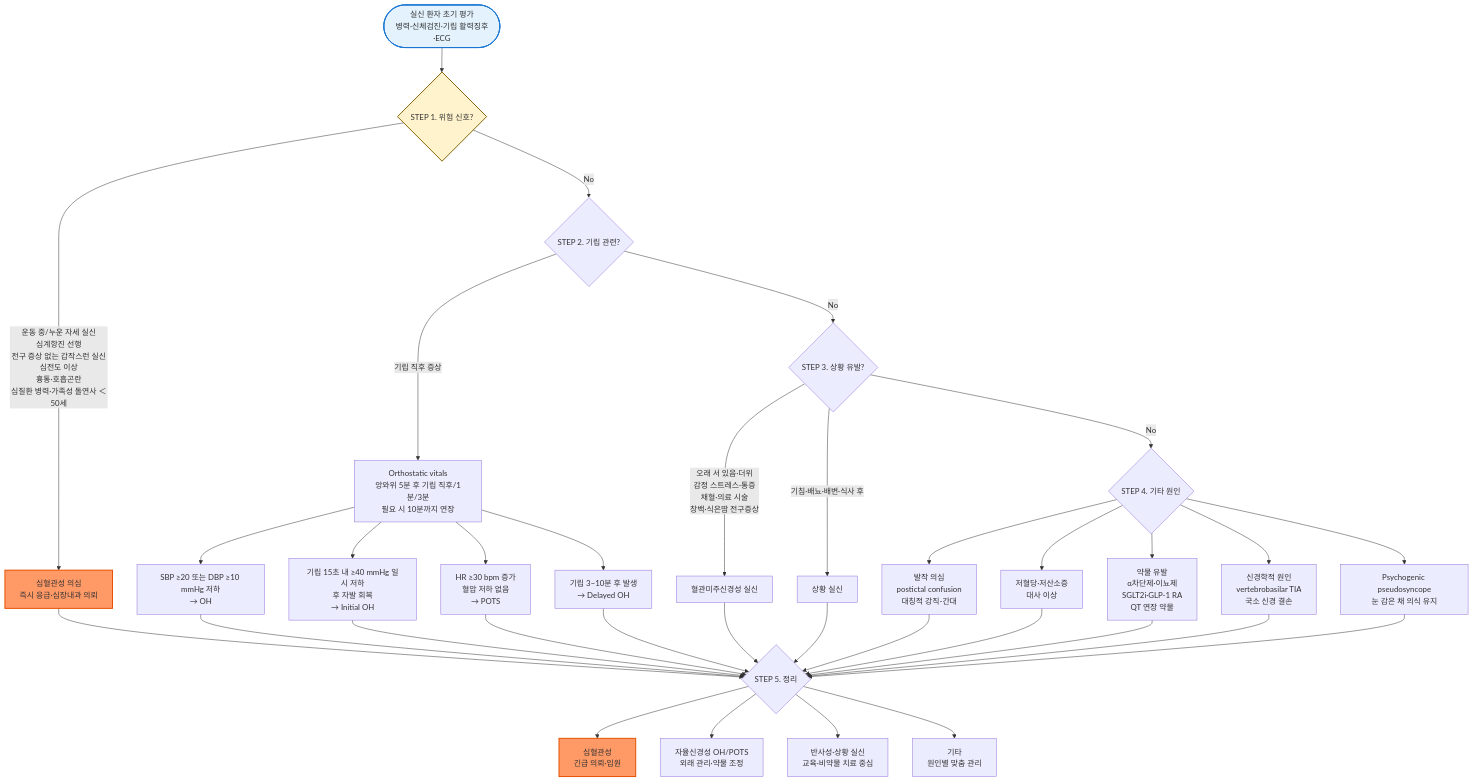
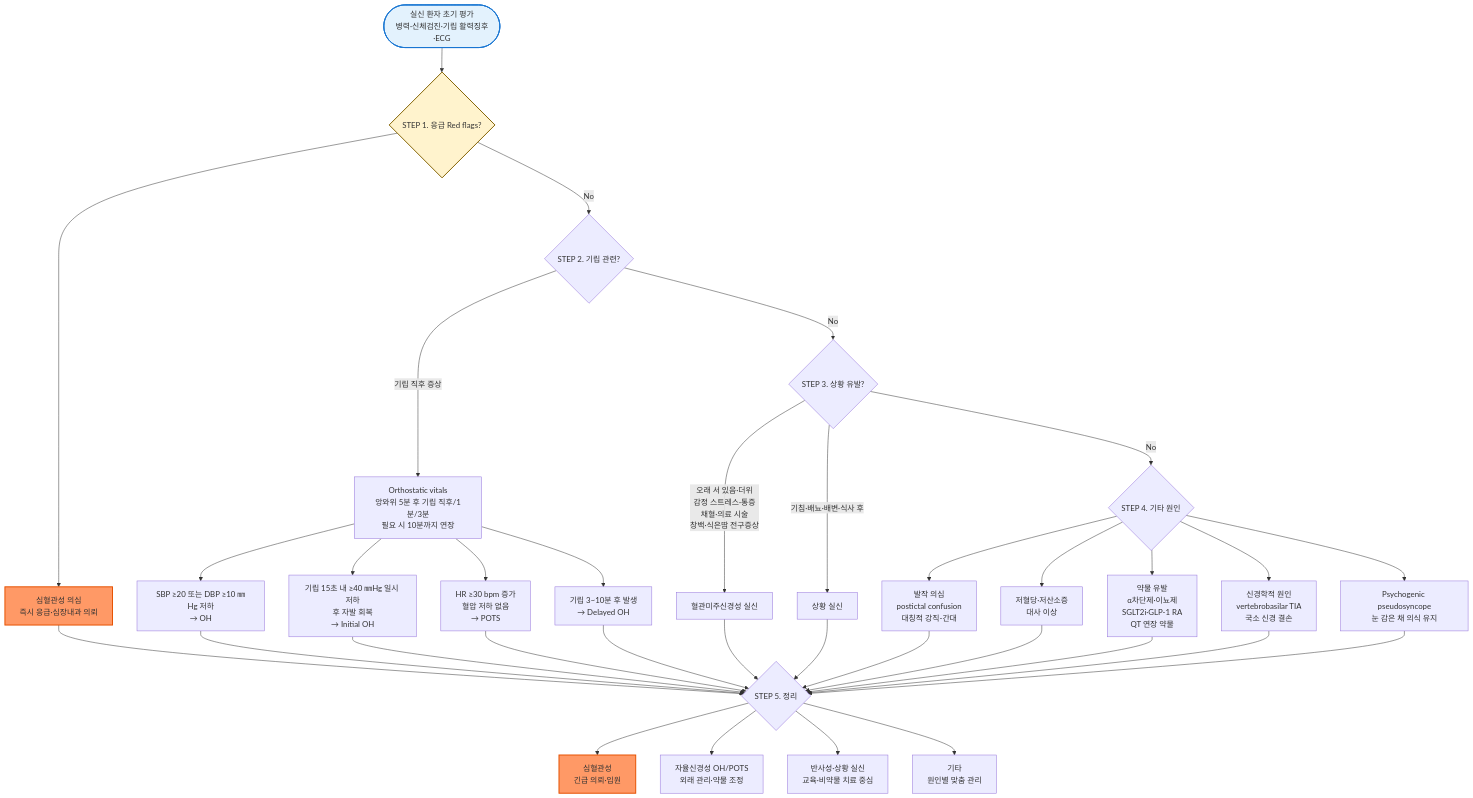
Before and after one commit to familyoh77/familyoh77: the diagram in 221_/021_-syncope.md, drawn with Mermaid. The commit also changed other lines of this file, not shown here.

````diff
--- a/221_/021_-syncope.md
+++ b/221_/021_-syncope.md
@@ -107,40 +100,40 @@
 ```mermaid
 graph TD
-    Start([실신 환자 초기 평가<br/>병력·신체검진·기립 활력징후·ECG]) --> S1{STEP 1. 위험 신호?}
-    S1 -->|운동 중/누운 자세 실신<br/>심계항진 선행<br/>전구 증상 없는 갑작스런 실신<br/>심전도 이상<br/>흉통·호흡곤란<br/>심질환 병력·가족성 돌연사 ＜50세| Cardiac[심혈관성 의심<br/>즉시 응급·심장내과 의뢰]
+    Start([실신 환자 초기 평가<br/>병력·신체검진·기립 활력징후·ECG]) --> S1{STEP 1. 응급  Red flags?}
+    S1 --> Cardiac[심혈관성 의심<br/>즉시 응급·심장내과 의뢰]
     S1 -->|No| S2{STEP 2. 기립 관련?}
     S2 -->|기립 직후 증상| OVital[Orthostatic vitals<br/>앙와위 5분 후 기립 직후/1분/3분<br/>필요 시 10분까지 연장]
-    OVital --> OH_BP[SBP ≥20 또는 DBP ≥10 mmHg 저하<br/>→ OH]
-    OVital --> OH_Init[기립 15초 내 ≥40 mmHg 일시 저하<br/>후 자발 회복<br/>→ Initial OH]
+    OVital --> OH_BP[SBP ≥20 또는 DBP ≥10 ㎜Hg 저하<br/>→ OH]
+    OVital --> OH_Init[기립 15초 내 ≥40 ㎜Hg 일시 저하<br/>후 자발 회복<br/>→ Initial OH]
     OVital --> POTS[HR ≥30 bpm 증가<br/>혈압 저하 없음<br/>→ POTS]
     OVital --> Delayed[기립 3~10분 후 발생<br/>→ Delayed OH]
     S2 -->|No| S3{STEP 3. 상황 유발?}
     S3 -->|오래 서 있음·더위<br/>감정 스트레스·통증<br/>채혈·의료 시술<br/>창백·식은땀 전구증상| Vasovagal[혈관미주신경성 실신]
     S3 -->|기침·배뇨·배변·식사 후| Situational[상황 실신]
     S3 -->|No| S4{STEP 4. 기타 원인}
     S4 --> Seizure[발작 의심<br/>postictal confusion<br/>대칭적 강직-간대]
     S4 --> Metabolic[저혈당·저산소증<br/>대사 이상]
     S4 --> Drug[약물 유발<br/>α차단제·이뇨제<br/>SGLT2i·GLP-1 RA<br/>QT 연장 약물]
     S4 --> Neuro[신경학적 원인<br/>vertebrobasilar TIA<br/>국소 신경 결손]
     S4 --> Psych[Psychogenic pseudosyncope<br/>눈 감은 채 의식 유지]
     Cardiac --> Plan{STEP 5. 정리}
     OH_BP --> Plan
     OH_Init --> Plan
     POTS --> Plan
     Delayed --> Plan
     Vasovagal --> Plan
     Situational --> Plan
     Seizure --> Plan
     Metabolic --> Plan
     Drug --> Plan
     Neuro --> Plan
     Psych --> Plan
     Plan --> PlanCardiac[심혈관성<br/>긴급 의뢰·입원]
     Plan --> PlanAuto[자율신경성 OH/POTS<br/>외래 관리·약물 조정]
     Plan --> PlanReflex[반사성·상황 실신<br/>교육·비약물 치료 중심]
     Plan --> PlanOther[기타<br/>원인별 맞춤 관리]
     style Cardiac fill:#f96,stroke:#e65100,stroke-width:2px
     style PlanCardiac fill:#f96,stroke:#e65100,stroke-width:2px
     style S1 fill:#fff3cd,stroke:#856404,stroke-width:2px
     style Start fill:#e3f2fd,stroke:#1976d2,stroke-width:2px
 ```
````
